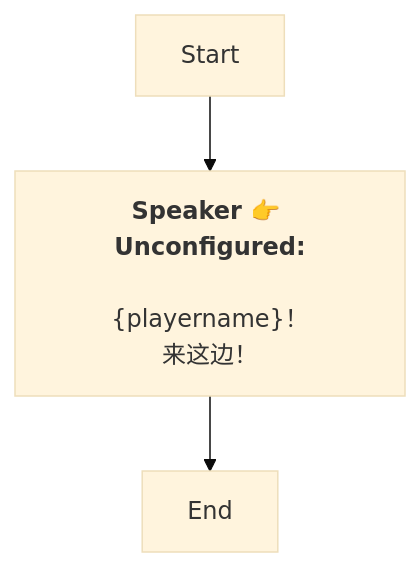
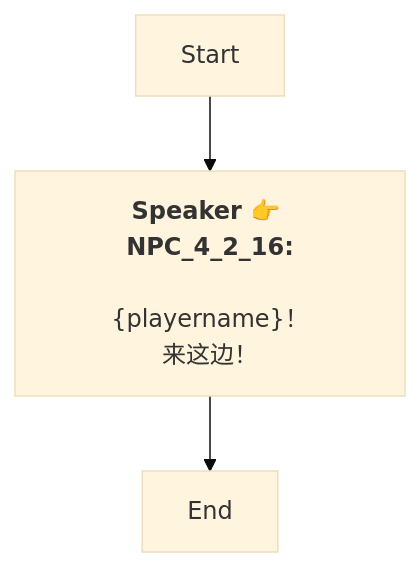
The diagram in Zh/Dialog_54882803813987.md (SoftHu/tos_avg), drawn with Mermaid (base theme) before and after one commit. The commit also changed 737 other files, not shown here.

````diff
--- a/Zh/Dialog_54882803813987.md
+++ b/Zh/Dialog_54882803813987.md
@@ -1,9 +1,8 @@
 ```mermaid
 graph
-Start -->1756250408729104[<b>Speaker 👉 Unconfigured:</b>
-
-&lbrace;playername&rbrace;！
+Start -->1756250408729104[<b>Speaker 👉 NPC_4_2_16:</b>
+\n&lbrace;playername&rbrace;！
 来这边！]
 1756250408729104 -->1756250412557842[End]
 
- ```
+```
````
